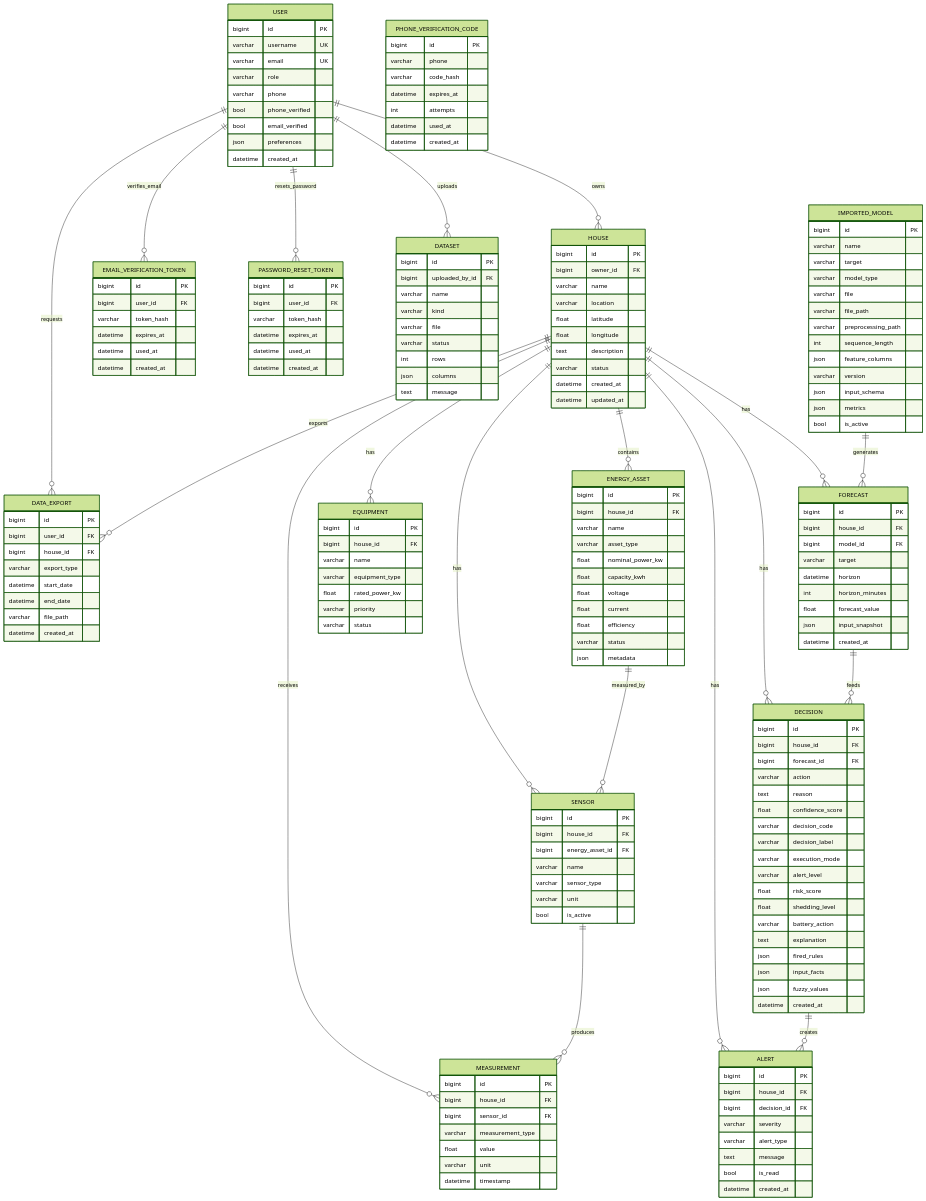
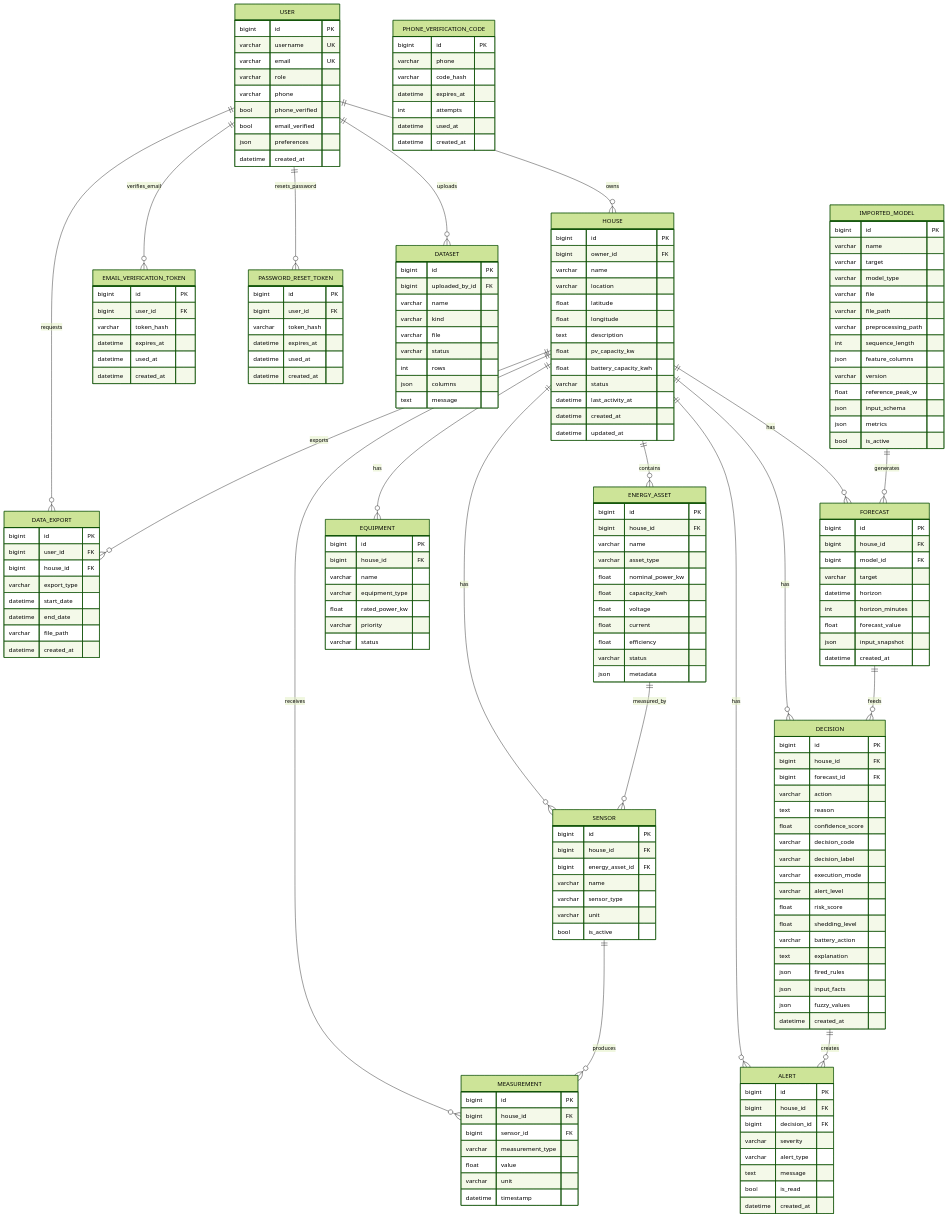
One commit to kevinManda17/energyMS changed the first of 2 diagrams in docs/EMS_database_diagrammes_actuels.md. Above: the diagram before and after it, drawn with Mermaid (forest theme). The commit also changed other lines of this file and 7 other files, not shown here.

```diff
--- a/docs/EMS_database_diagrammes_actuels.md
+++ b/docs/EMS_database_diagrammes_actuels.md
@@ -108,7 +118,10 @@
         float latitude
         float longitude
         text description
+        float pv_capacity_kw
+        float battery_capacity_kwh
         varchar status
+        datetime last_activity_at
         datetime created_at
         datetime updated_at
     }
@@ -180,6 +193,7 @@
         int sequence_length
         json feature_columns
         varchar version
+        float reference_peak_w
         json input_schema
         json metrics
         bool is_active
```
